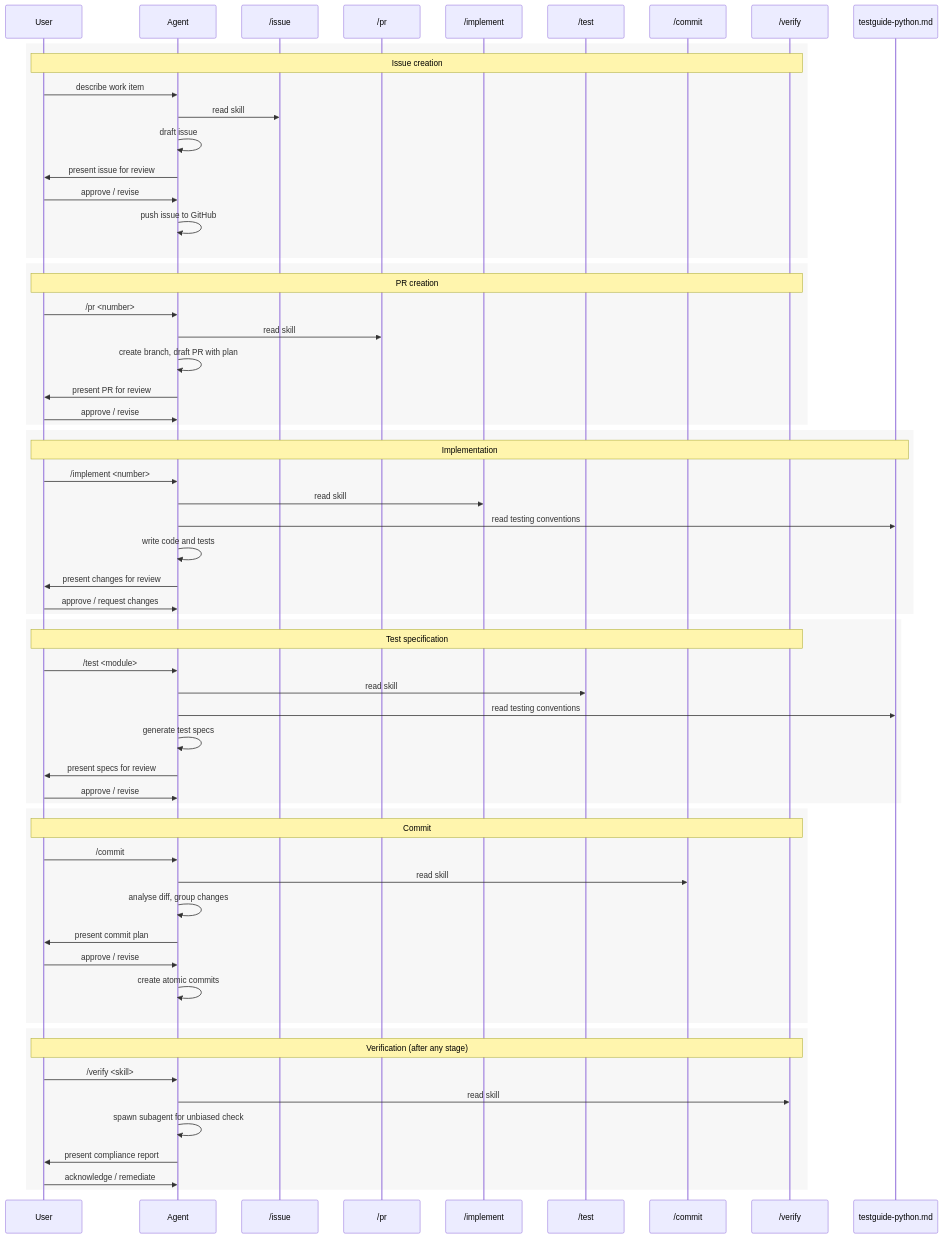
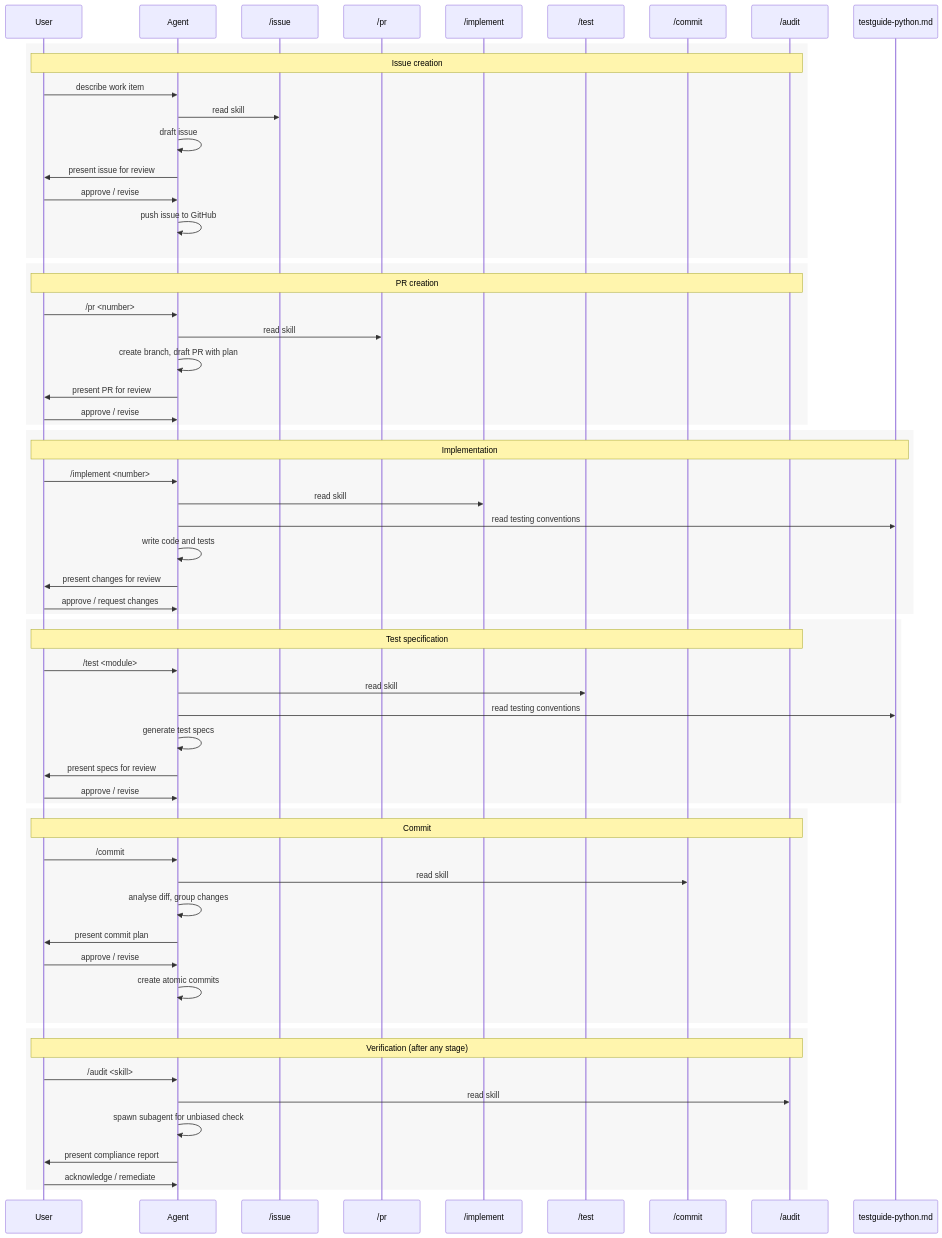
One commit to conradbzura/wool changed the diagram in llm/README.md. Above: the diagram before and after it, drawn with Mermaid. The commit also changed other lines of this file and 3 other files, not shown here.

````diff
--- a/llm/README.md
+++ b/llm/README.md
@@ -45,70 +45,70 @@
 ```mermaid
 sequenceDiagram
     participant User
     participant Agent
     participant issue as /issue
     participant pr as /pr
     participant implement as /implement
     participant test as /test
     participant commit as /commit
-    participant verify as /verify
+    participant audit as /audit
     participant guide as testguide-python.md
 
     rect rgb(0, 0, 0, 0.03)
-        Note over User, verify: Issue creation
+        Note over User, audit: Issue creation
         User->>Agent: describe work item
         Agent->>issue: read skill
         Agent->>Agent: draft issue
         Agent->>User: present issue for review
         User->>Agent: approve / revise
         Agent->>Agent: push issue to GitHub
     end
 
     rect rgb(0, 0, 0, 0.03)
-        Note over User, verify: PR creation
+        Note over User, audit: PR creation
         User->>Agent: /pr <number>
         Agent->>pr: read skill
         Agent->>Agent: create branch, draft PR with plan
         Agent->>User: present PR for review
         User->>Agent: approve / revise
     end
 
     rect rgb(0, 0, 0, 0.03)
         Note over User, guide: Implementation
         User->>Agent: /implement <number>
         Agent->>implement: read skill
         Agent->>guide: read testing conventions
         Agent->>Agent: write code and tests
         Agent->>User: present changes for review
         User->>Agent: approve / request changes
     end
 
     rect rgb(0, 0, 0, 0.03)
-        Note over User, verify: Test specification
+        Note over User, audit: Test specification
         User->>Agent: /test <module>
         Agent->>test: read skill
         Agent->>guide: read testing conventions
         Agent->>Agent: generate test specs
         Agent->>User: present specs for review
         User->>Agent: approve / revise
     end
 
     rect rgb(0, 0, 0, 0.03)
-        Note over User, verify: Commit
+        Note over User, audit: Commit
         User->>Agent: /commit
         Agent->>commit: read skill
         Agent->>Agent: analyse diff, group changes
         Agent->>User: present commit plan
         User->>Agent: approve / revise
         Agent->>Agent: create atomic commits
     end
 
     rect rgb(0, 0, 0, 0.03)
-        Note over User, verify: Verification (after any stage)
-        User->>Agent: /verify <skill>
-        Agent->>verify: read skill
+        Note over User, audit: Verification (after any stage)
+        User->>Agent: /audit <skill>
+        Agent->>audit: read skill
         Agent->>Agent: spawn subagent for unbiased check
         Agent->>User: present compliance report
         User->>Agent: acknowledge / remediate
     end
 ```
````
